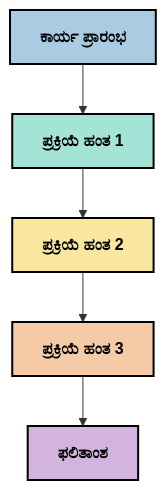
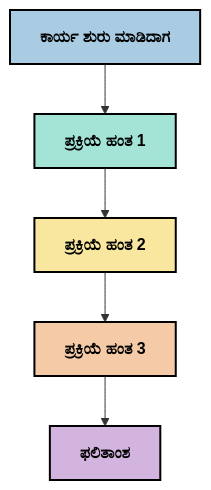
Before and after one commit to HIDORAKAI002/ai-workspace-archive: the third of 6 diagrams in mcp_ecosystem__model_context_protocol/mcp_learning_resources/mcp-for-beginners/translations/kn/05-AdvancedTopics/mcp-contextengineering/README.md, drawn with Mermaid. The commit also changed other lines of this file and 1046 other files, not shown here.

````diff
--- a/mcp_ecosystem__model_context_protocol/mcp_learning_resources/mcp-for-beginners/translations/kn/05-AdvancedTopics/mcp-contextengineering/README.md
+++ b/mcp_ecosystem__model_context_protocol/mcp_learning_resources/mcp-for-beginners/translations/kn/05-AdvancedTopics/mcp-contextengineering/README.md
@@ -161,13 +165,13 @@
 ```mermaid
 graph TD
-    A[ಕಾರ್ಯ ಪ್ರಾರಂಭ] --> B[ಪ್ರಕ್ರಿಯೆ ಹಂತ 1]
+    A[ಕಾರ್ಯ ಶುರು ಮಾಡಿದಾಗ] --> B[ಪ್ರಕ್ರಿಯೆ ಹಂತ 1]
     B --> C[ಪ್ರಕ್ರಿಯೆ ಹಂತ 2]
     C --> D[ಪ್ರಕ್ರಿಯೆ ಹಂತ 3]
     D --> E[ಫಲಿತಾಂಶ]
     
     style A fill:#A9CCE3,stroke:#000000,stroke-width:2px,color:#000000,font-weight:bold
     style B fill:#A3E4D7,stroke:#000000,stroke-width:2px,color:#000000,font-weight:bold
     style C fill:#F9E79F,stroke:#000000,stroke-width:2px,color:#000000,font-weight:bold
     style D fill:#F5CBA7,stroke:#000000,stroke-width:2px,color:#000000,font-weight:bold
     style E fill:#D2B4DE,stroke:#000000,stroke-width:2px,color:#000000,font-weight:bold
 ```
````
